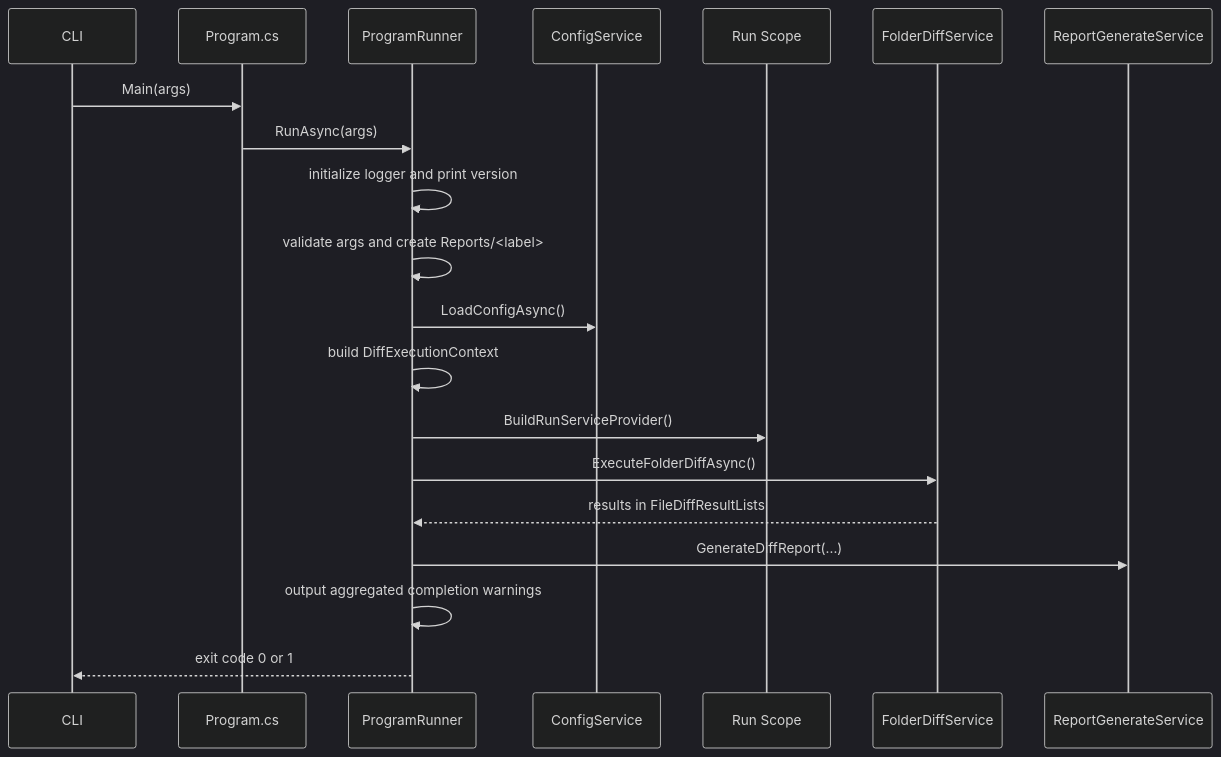
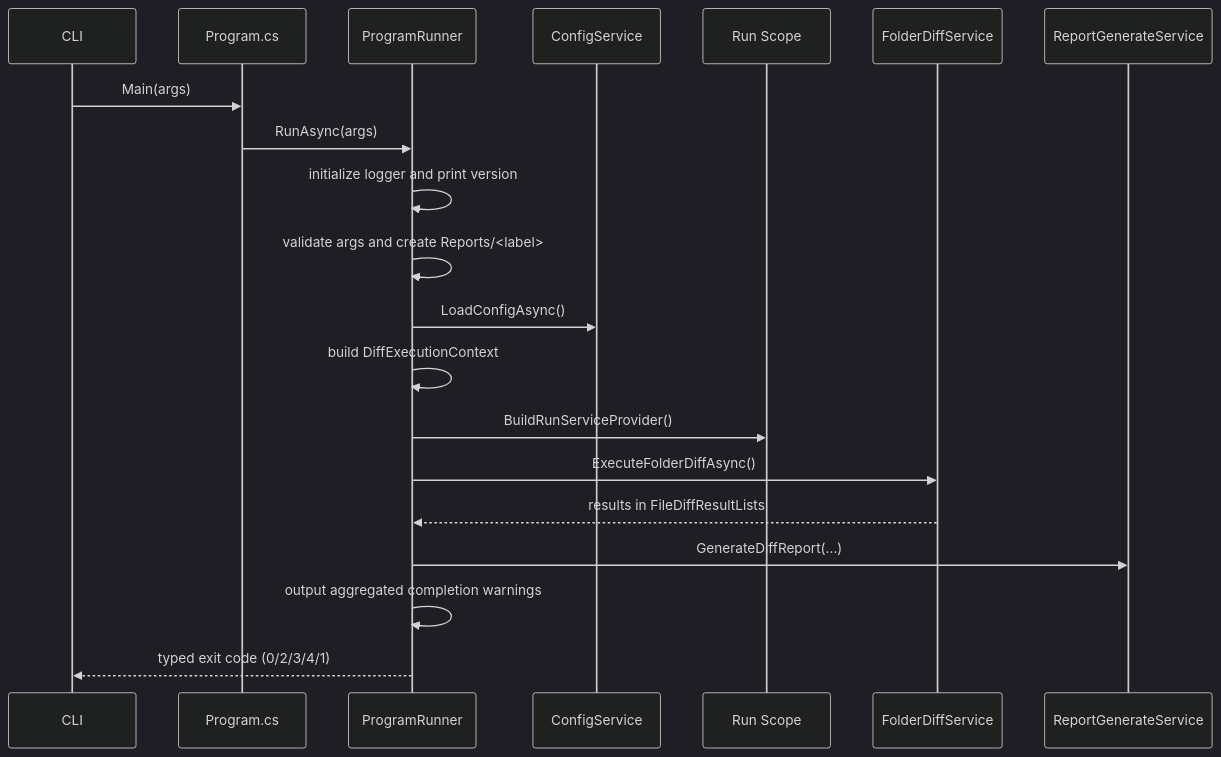
One commit to Widthdom/FolderDiffIL4DotNet changed the second of 10 diagrams in doc/DEVELOPER_GUIDE.md. Above: the diagram before and after it, drawn with Mermaid (dark theme). The commit also changed other lines of this file and 6 other files, not shown here.

````diff
--- a/doc/DEVELOPER_GUIDE.md
+++ b/doc/DEVELOPER_GUIDE.md
@@ -111,23 +111,23 @@
 ```mermaid
 sequenceDiagram
     participant CLI as CLI
     participant Program as Program.cs
     participant Runner as ProgramRunner
     participant Config as ConfigService
     participant Scope as Run Scope
     participant Diff as FolderDiffService
     participant Report as ReportGenerateService
 
     CLI->>Program: Main(args)
     Program->>Runner: RunAsync(args)
     Runner->>Runner: initialize logger and print version
     Runner->>Runner: validate args and create Reports/<label>
     Runner->>Config: LoadConfigAsync()
     Runner->>Runner: build DiffExecutionContext
     Runner->>Scope: BuildRunServiceProvider()
     Runner->>Diff: ExecuteFolderDiffAsync()
     Diff-->>Runner: results in FileDiffResultLists
     Runner->>Report: GenerateDiffReport(...)
     Runner->>Runner: output aggregated completion warnings
-    Runner-->>CLI: exit code 0 or 1
+    Runner-->>CLI: typed exit code (0/2/3/4/1)
 ```
````
